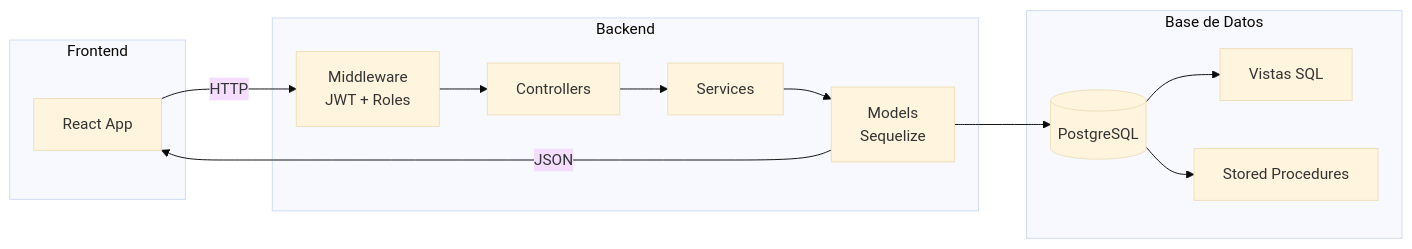
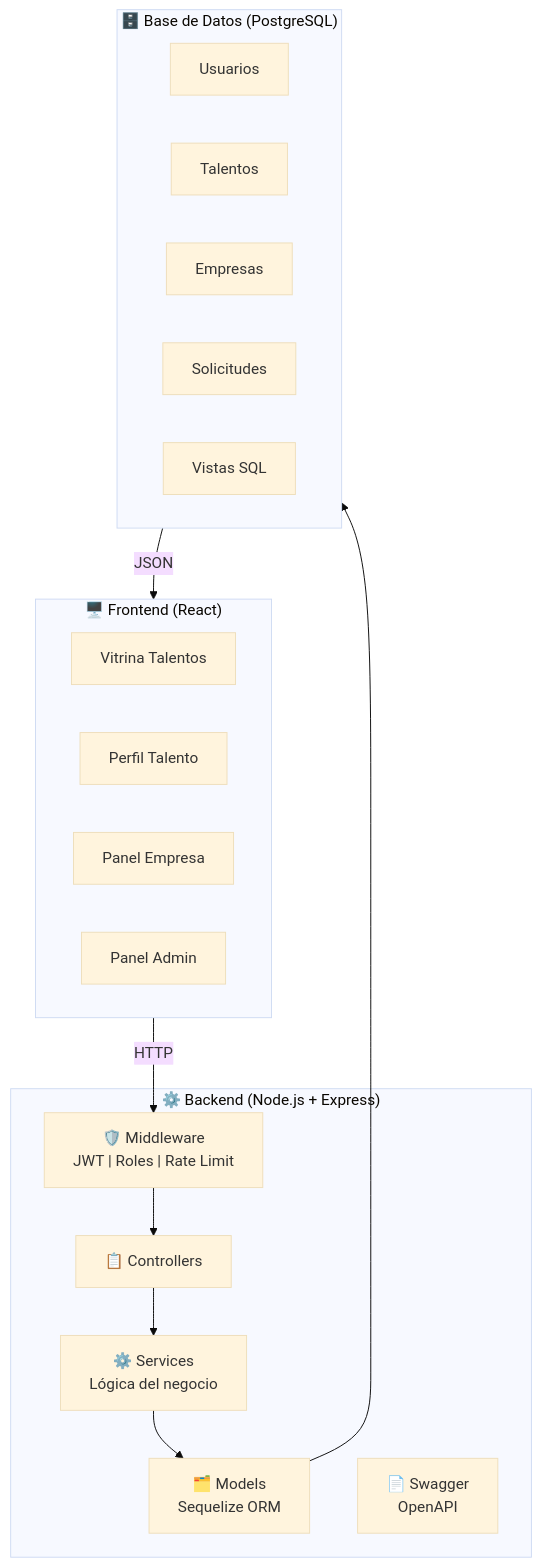
The fourth of 7 diagrams in backend/README.md (Vicentezapata/proviemplea-greudy), drawn with Mermaid (base theme) before and after one commit. The commit also changed other lines of this file, not shown here.

Commit message:
docs: README premium con Mermaid y diagrama ER

````diff
--- a/backend/README.md
+++ b/backend/README.md
@@ -219,28 +270,32 @@
 ```mermaid
-graph LR
-    subgraph Frontend
-        F1[React App]
+graph TB
+    subgraph FE["🖥️ Frontend (React)"]
+        F1[Vitrina Talentos]
+        F2[Perfil Talento]
+        F3[Panel Empresa]
+        F4[Panel Admin]
     end
 
-    subgraph Backend
-        B1[Middleware\nJWT + Roles]
-        B2[Controllers]
-        B3[Services]
-        B4[Models\nSequelize]
+    subgraph BE["⚙️ Backend (Node.js + Express)"]
+        B1["🛡️ Middleware\nJWT | Roles | Rate Limit"]
+        B2["📋 Controllers"]
+        B3["⚙️ Services\nLógica del negocio"]
+        B4["🗂️ Models\nSequelize ORM"]
+        B5["📄 Swagger\nOpenAPI"]
     end
 
-    subgraph BD[Base de Datos]
-        D1[(PostgreSQL)]
-        D2[Vistas SQL]
-        D3[Stored Procedures]
+    subgraph DB["🗄️ Base de Datos (PostgreSQL)"]
+        D1[Usuarios]
+        D2[Talentos]
+        D3[Empresas]
+        D4[Solicitudes]
+        D5[Vistas SQL]
     end
 
-    F1 -->|HTTP| B1
+    FE -->|HTTP| B1
     B1 --> B2
     B2 --> B3
     B3 --> B4
-    B4 --> D1
-    D1 --> D2
-    D1 --> D3
-    B4 -->|JSON| F1
+    B4 --> DB
+    DB -->|JSON| FE
 ```
````
